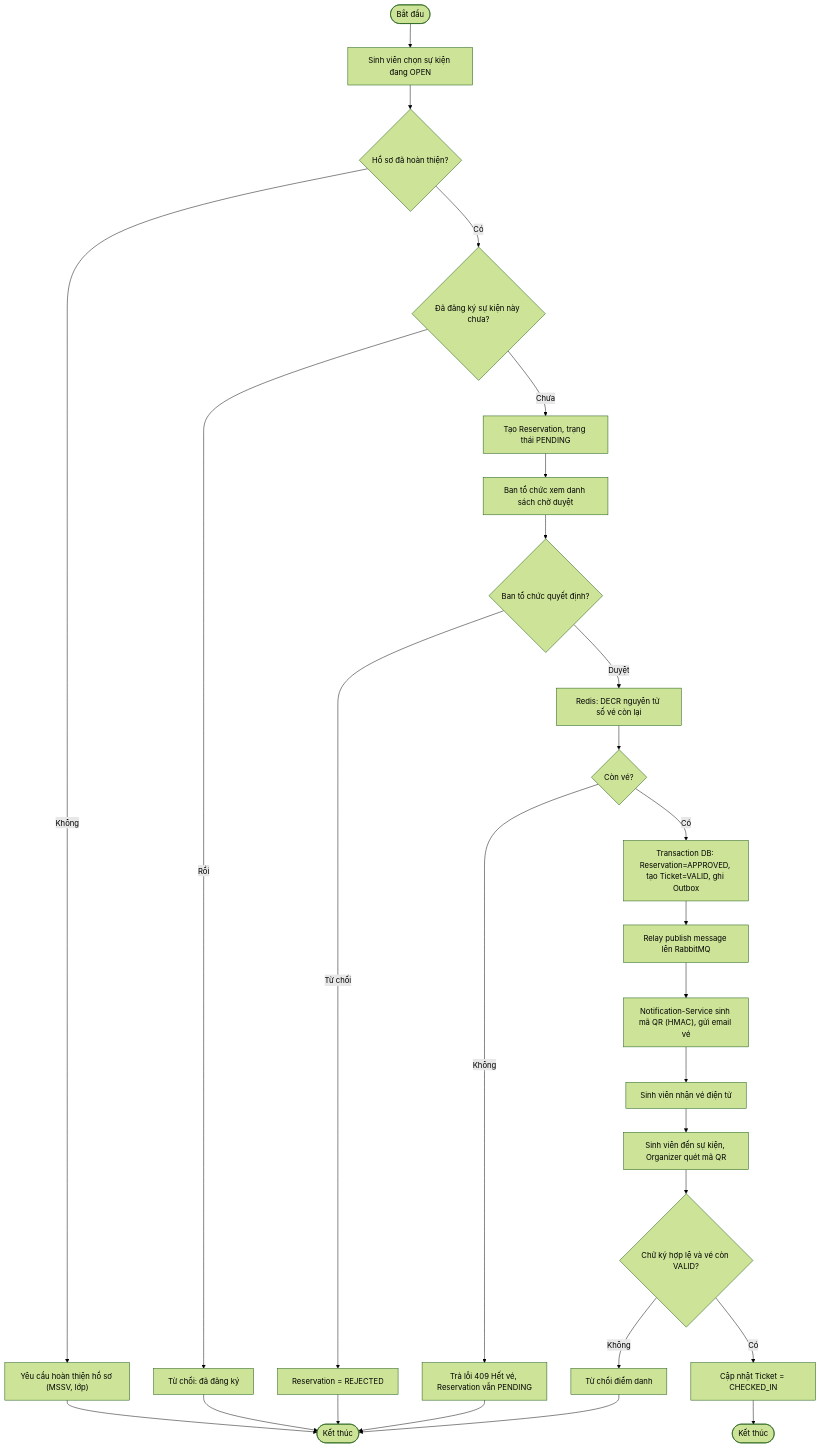
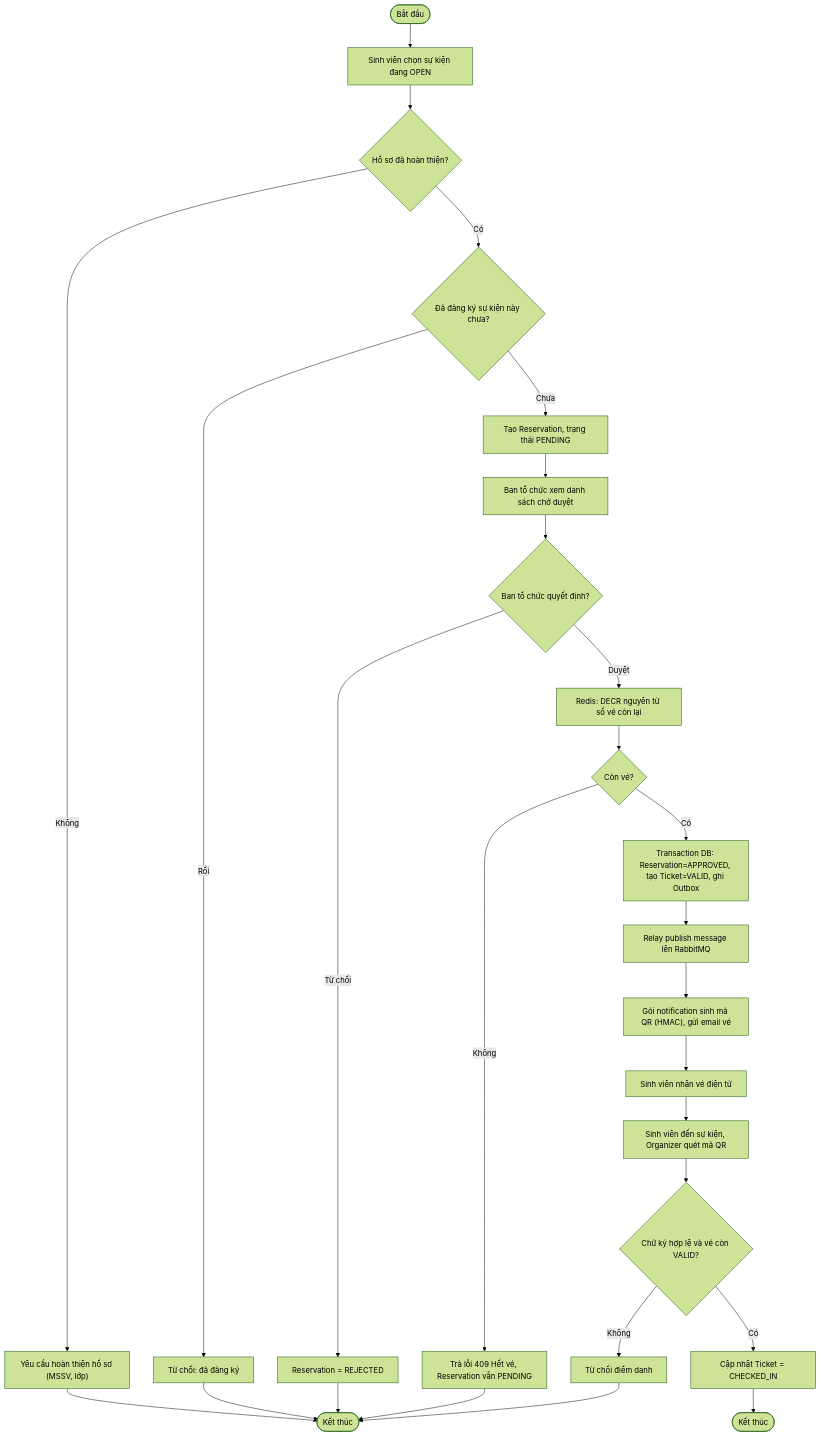
One commit to trhlow/TVU-Event-Ticket changed the second of 10 diagrams in SO_DO_UML_TVU_Event_Ticketing.md. Above: the diagram before and after it, drawn with Mermaid (forest theme). The commit also changed other lines of this file and 115 other files, not shown here.

````diff
--- a/SO_DO_UML_TVU_Event_Ticketing.md
+++ b/SO_DO_UML_TVU_Event_Ticketing.md
@@ -66,23 +66,23 @@
 ```mermaid
 flowchart TD
     START(["Bắt đầu"]) --> A["Sinh viên chọn sự kiện đang OPEN"]
     A --> B{"Hồ sơ đã hoàn thiện?"}
     B -- "Không" --> B1["Yêu cầu hoàn thiện hồ sơ (MSSV, lớp)"] --> END1(["Kết thúc"])
     B -- "Có" --> C{"Đã đăng ký sự kiện này chưa?"}
     C -- "Rồi" --> C1["Từ chối: đã đăng ký"] --> END1
     C -- "Chưa" --> D["Tạo Reservation, trạng thái PENDING"]
     D --> E["Ban tổ chức xem danh sách chờ duyệt"]
     E --> F{"Ban tổ chức quyết định?"}
     F -- "Từ chối" --> G["Reservation = REJECTED"] --> END1
     F -- "Duyệt" --> H["Redis: DECR nguyên tử số vé còn lại"]
     H --> I{"Còn vé?"}
     I -- "Không" --> I1["Trả lỗi 409 Hết vé, Reservation vẫn PENDING"] --> END1
     I -- "Có" --> J["Transaction DB: Reservation=APPROVED, tạo Ticket=VALID, ghi Outbox"]
     J --> K["Relay publish message lên RabbitMQ"]
-    K --> L["Notification-Service sinh mã QR (HMAC), gửi email vé"]
+    K --> L["Gói notification sinh mã QR (HMAC), gửi email vé"]
     L --> M["Sinh viên nhận vé điện tử"]
     M --> N["Sinh viên đến sự kiện, Organizer quét mã QR"]
     N --> O{"Chữ ký hợp lệ và vé còn VALID?"}
     O -- "Không" --> O1["Từ chối điểm danh"] --> END1
     O -- "Có" --> P["Cập nhật Ticket = CHECKED_IN"] --> END2(["Kết thúc"])
 ```
````
